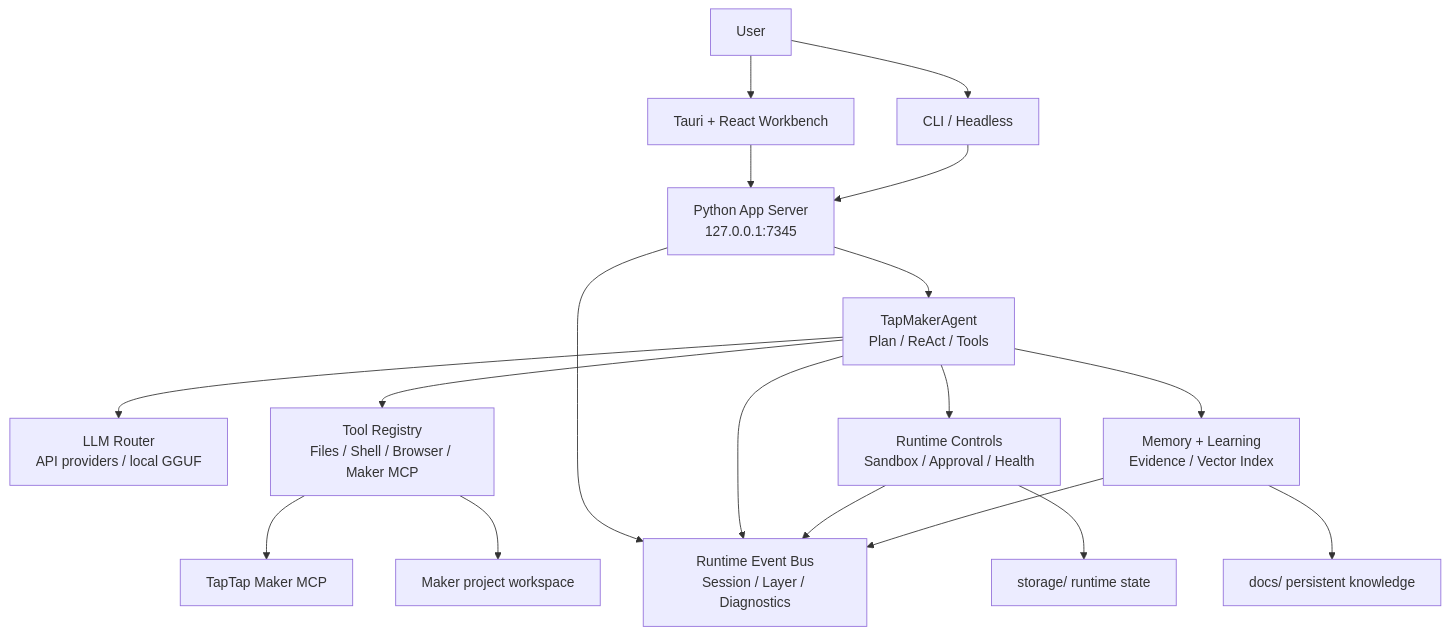
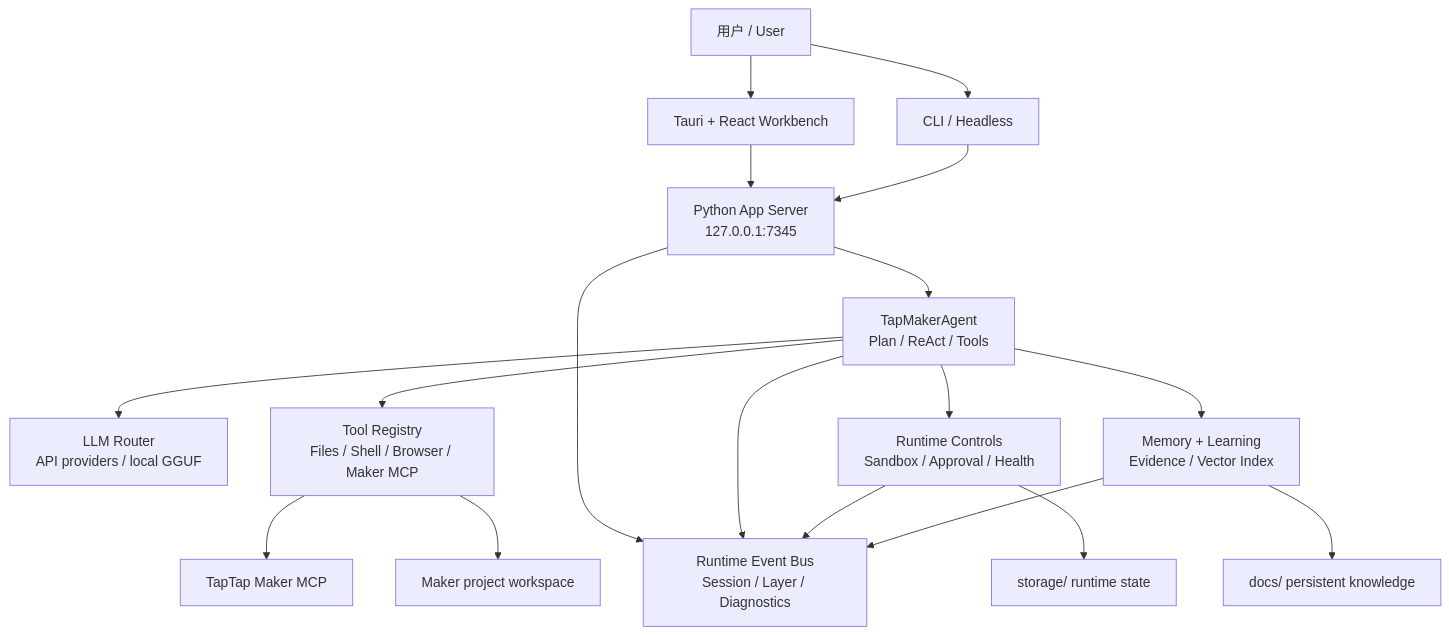
The diagram in README.md (KingSystemHaiGo/TTMEvolve), drawn with Mermaid before and after one commit. The commit also changed other lines of this file and 19 other files, not shown here.

````diff
--- a/README.md
+++ b/README.md
@@ -70,23 +86,23 @@
 ```mermaid
 flowchart TB
-    User["User"] --> GUI["Tauri + React Workbench"]
+    User["用户 / User"] --> GUI["Tauri + React Workbench"]
     User --> CLI["CLI / Headless"]
 
     GUI --> Server["Python App Server<br/>127.0.0.1:7345"]
     CLI --> Server
 
     Server --> Agent["TapMakerAgent<br/>Plan / ReAct / Tools"]
     Agent --> LLM["LLM Router<br/>API providers / local GGUF"]
     Agent --> Tools["Tool Registry<br/>Files / Shell / Browser / Maker MCP"]
     Agent --> Runtime["Runtime Controls<br/>Sandbox / Approval / Health"]
     Agent --> Memory["Memory + Learning<br/>Evidence / Vector Index"]
     Server --> Bus["Runtime Event Bus<br/>Session / Layer / Diagnostics"]
     Agent --> Bus
     Runtime --> Bus
     Memory --> Bus
 
     Tools --> Maker["TapTap Maker MCP"]
     Tools --> Project["Maker project workspace"]
     Runtime --> Storage["storage/ runtime state"]
     Memory --> Docs["docs/ persistent knowledge"]
 ```
````
